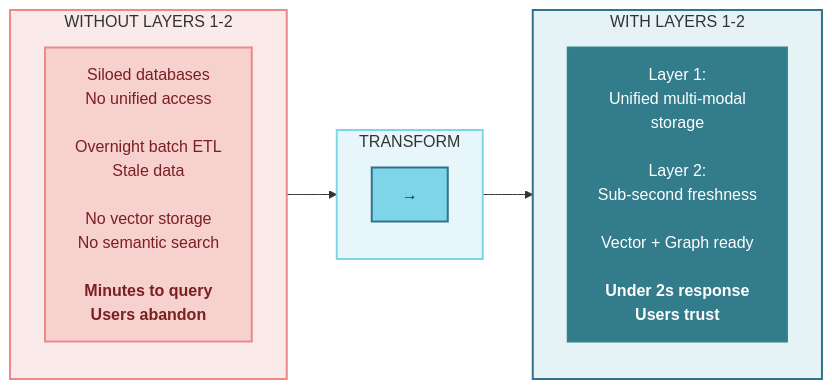
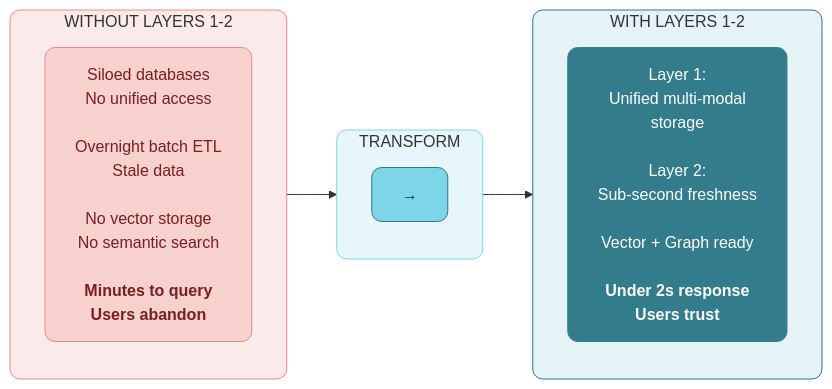
The first of 11 diagrams in manuscript/05_chapter_4_foundation_layers.md (colaberry/trust-before-intelligence-book), drawn with Mermaid before and after one commit. The commit also changed other lines of this file and 12 other files, not shown here.

````diff
--- a/manuscript/05_chapter_4_foundation_layers.md
+++ b/manuscript/05_chapter_4_foundation_layers.md
@@ -8,29 +8,29 @@
 ```mermaid
 
 graph LR
     subgraph WITHOUT["WITHOUT LAYERS 1-2"]
         direction TB
         W1["Siloed databases<br/>No unified access<br/><br/>Overnight batch ETL<br/>Stale data<br/><br/>No vector storage<br/>No semantic search<br/><br/><b>Minutes to query<br/>Users abandon</b>"]
     end
     
     subgraph TRANSFORM["TRANSFORM"]
         direction TB
         T1["→"]
     end
     
     subgraph WITH["WITH LAYERS 1-2"]
         direction TB
         L1["Layer 1:<br/>Unified multi-modal<br/>storage<br/><br/>Layer 2:<br/>Sub-second freshness<br/><br/>Vector + Graph ready<br/><br/><b>Under 2s response<br/>Users trust</b>"]
     end
     
     WITHOUT --> TRANSFORM --> WITH
     
-    style WITHOUT fill:#FBEAEA,stroke:#EB898B,stroke-width:2px
-    style W1 fill:#F6D1CE,stroke:#EB898B,stroke-width:2px,color:#7A1F22
-    style TRANSFORM fill:#E6F6FA,stroke:#7FD5E8,stroke-width:2px
-    style T1 fill:#7FD5E8,stroke:#32738C,stroke-width:2px,color:#00323D
-    style WITH fill:#E6F3F6,stroke:#32738C,stroke-width:2px
-    style L1 fill:#327C8C,stroke:#30838C,stroke-width:2px,color:#ffffff
+    style WITHOUT fill:#FBEAEA,stroke:#EB898B,stroke-width:1px,rx:10,ry:10
+    style W1 fill:#F6D1CE,stroke:#EB898B,stroke-width:1px,color:#7A1F22,rx:10,ry:10
+    style TRANSFORM fill:#E6F6FA,stroke:#7FD5E8,stroke-width:1px,rx:10,ry:10
+    style T1 fill:#7FD5E8,stroke:#32738C,stroke-width:1px,color:#00323D,rx:10,ry:10
+    style WITH fill:#E6F3F6,stroke:#32738C,stroke-width:,rx:10,ry:10
+    style L1 fill:#327C8C,stroke:#30838C,stroke-width:1px,color:#ffffff,rx:10,ry:10
 
 
 ```
````
